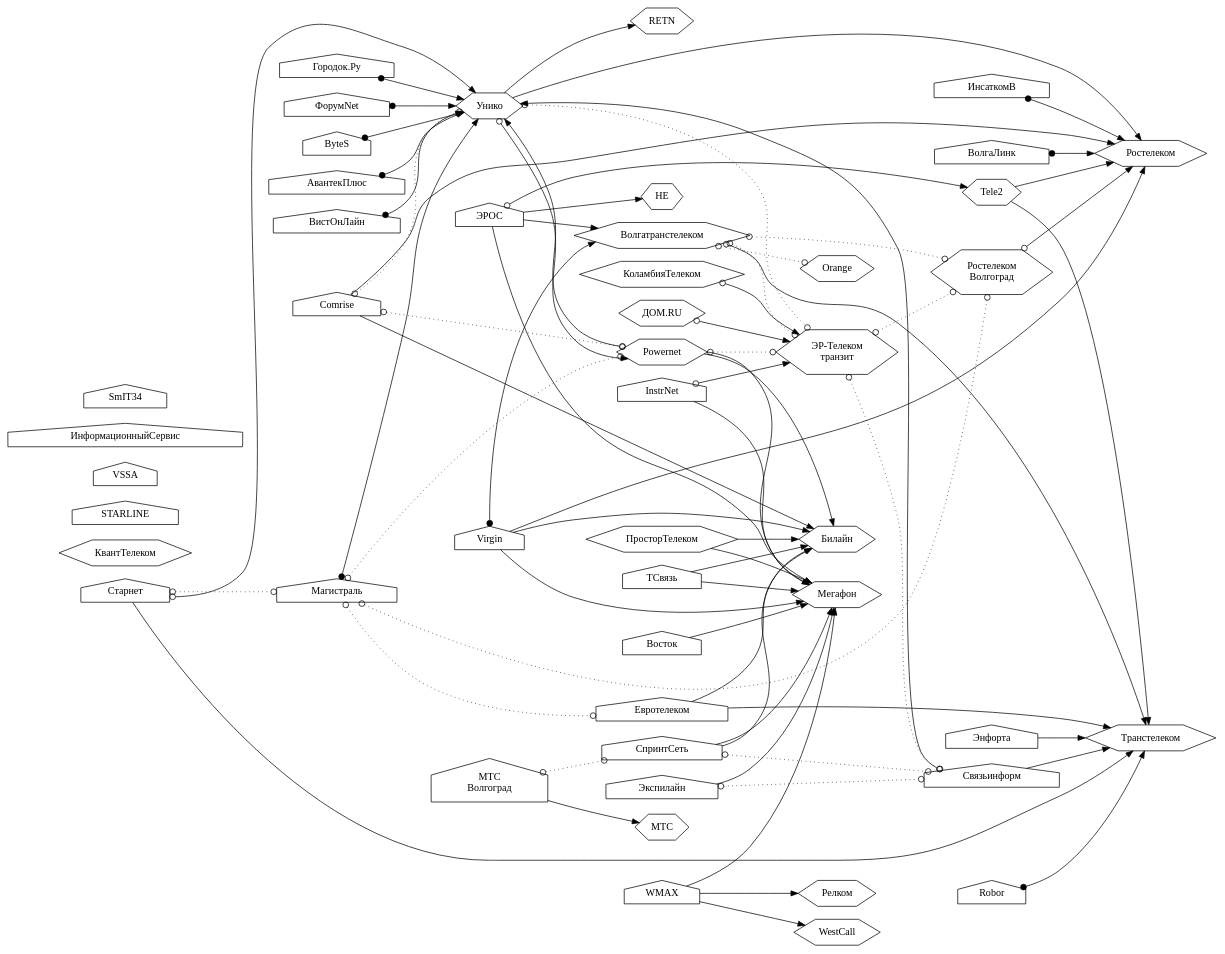
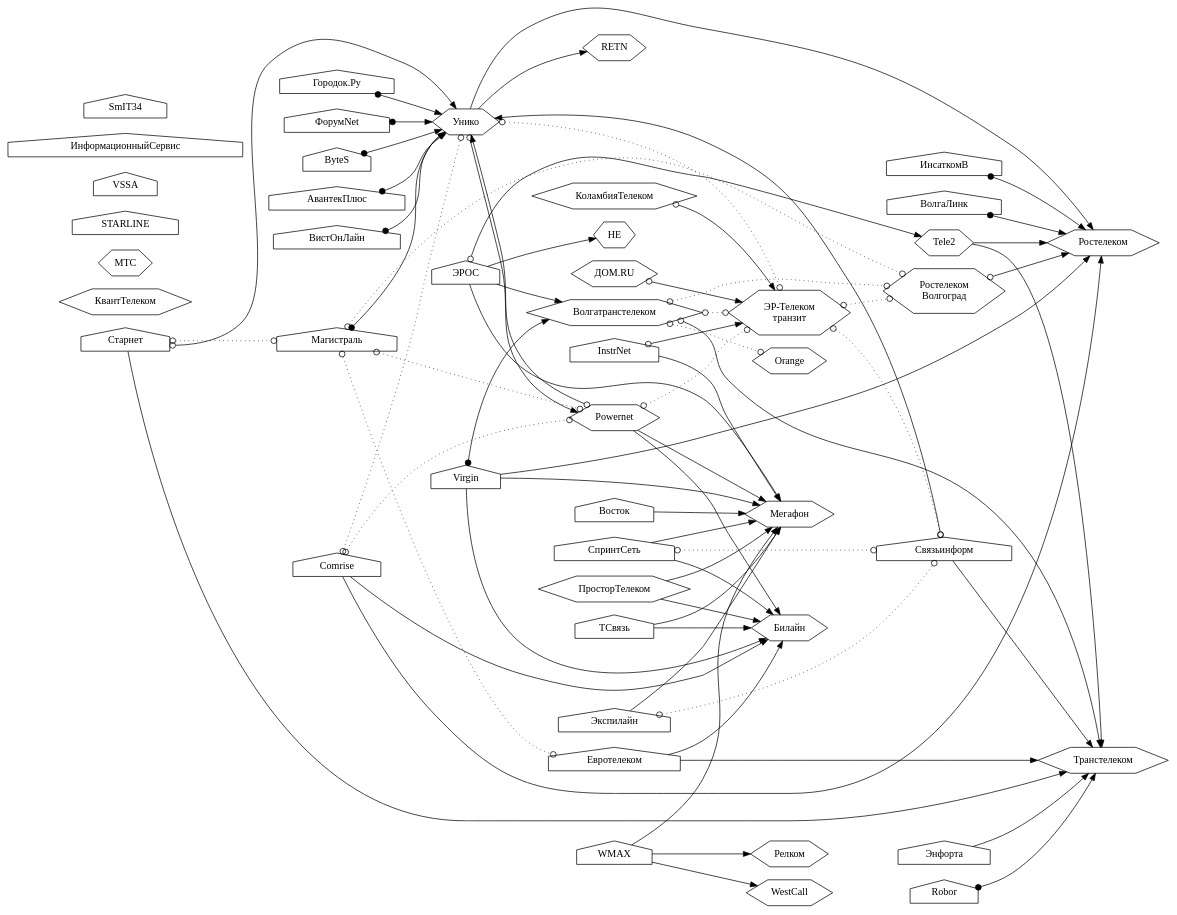
Before and after one commit to Urlandi/elsv-v.ru: the diagram in static/links/links.dot, drawn with Graphviz. The commit also changed 5 other files, not shown here.

```diff
--- a/static/links/links.dot
+++ b/static/links/links.dot
@@ -1,172 +1,168 @@
 digraph ispgraph {
 
 rankdir = LR;
 node [shape=house;];
 
 Унико, ДомРу, ЭрТелеком, Транстелеком, Волгатранстелеком, Релком [shape=hexagon;];
 Мегафон, Вымпелком, КоламбияТелеком, Ростелеком, HE, КвантТелеком [shape=hexagon;];
 Tele2, МТС, ЮТК, Orange, ПросторТелеком, WestCall, Powernet, RETN [shape=hexagon;];
 
 ДомРу [label="ДОМ.RU"];
 ЭрТелеком [label="ЭР-Телеком\nтранзит"];
-МКС [label="МТС\nВолгоград"];
 ЮТК [label="Ростелеком\nВолгоград"];
 Вымпелком [label="Билайн"];
 ГородокТочкаРу [label="Городок.Ру"];
 
 subgraph backbone {/*Собственная опорная сеть*/
 Транстелеком;
 Мегафон;
 Вымпелком;
 Ростелеком;
 HE;
 МТС;
 Orange;
 ЭрТелеком;
 WestCall;
 };
 
 subgraph Ростелеком {/*Провайдеры члены Ростелеком*/
 Ростелеком;
 ЮТК;
 };
 
 subgraph ЭрТелекомХолдинг {/*ЭР-Телеком*/
 ДомРу;
 ЭрТелеком;
 КоламбияТелеком;
 };
 
 {/*Отсутствует информация о подключении*/
 STARLINE;
 VSSA;
 ИнформационныйСервис;
 КвантТелеком;
 SmIT34;
 };
 
 
 {/*Магистральные связи*/
 
 Связьинформ -> Транстелеком;
 
 Tele2 -> Ростелеком;
 Tele2 -> Транстелеком;
 
 СпринтСеть -> Вымпелком;
 СпринтСеть -> Мегафон;
 
 Старнет -> Транстелеком;
 
 Экспилайн -> Мегафон;
 
 ЭРОС -> Волгатранстелеком;
 ЭРОС -> HE;
 ЭРОС -> Мегафон;
 
 Comrise -> Ростелеком;
 Comrise -> Вымпелком;
-
-МКС -> МТС;
 
 Powernet -> Мегафон;
 Powernet -> Вымпелком;
 
 Евротелеком -> Транстелеком;
 Евротелеком -> Вымпелком;
 
 Virgin -> Вымпелком;
 Virgin -> Мегафон;
 Virgin -> Ростелеком;
 
 Унико -> Ростелеком;
 Унико -> RETN;
 
 Энфорта -> Транстелеком;
 
 ПросторТелеком -> Вымпелком;
 ПросторТелеком -> Мегафон;
 
 WMAX -> Мегафон;
 WMAX -> WestCall;
 WMAX -> Релком;
 
 InstrNet -> Мегафон;
 
 ТСвязь -> Мегафон;
 ТСвязь -> Вымпелком;
 
 Восток -> Мегафон;
 
 {/*Пиринг с магистральным оператором*/
 edge [dir=both; arrowtail=odot;];
 
 Связьинформ -> Унико;
 
 Старнет -> Унико;
 
 ЭРОС -> Tele2;
 
 Powernet -> Унико;
 Унико -> Powernet;
 
 ЮТК -> Ростелеком;
 
 Волгатранстелеком -> Транстелеком;
 
 ДомРу -> ЭрТелеком;
 КоламбияТелеком -> ЭрТелеком;
 
 InstrNet -> ЭрТелеком;
 
 };
 
 {/*Маршрутизация на оборудовании магистрального оператора*/
 edge [dir=both; arrowtail=dot;];
 
 ВолгаЛинк -> Ростелеком;
 ИнсаткомВ -> Ростелеком;
 Магистраль -> Унико;
 ГородокТочкаРу -> Унико;
 ФорумNet -> Унико;
 ByteS -> Унико;
 АвантекПлюс -> Унико;
 Robor -> Транстелеком;
 Virgin -> Волгатранстелеком;
 ВистОнЛайн -> Унико;
 };
 
 };
 
 {/*Пиринг*/
 
 edge [dir=both; arrowhead=odot; arrowtail=odot; style=dotted;];
 
 СпринтСеть -> Связьинформ;
-МКС -> СпринтСеть;
 
 Старнет -> Магистраль;
 
 Экспилайн -> Связьинформ;
 
 Comrise -> Унико;
 Comrise -> Powernet;
 
 Powernet -> ЭрТелеком;
 
 Магистраль -> Powernet;
 Магистраль -> ЮТК;
 Магистраль -> Евротелеком;
 
 Унико -> ЭрТелеком;
 
 Волгатранстелеком -> ЮТК;
 Волгатранстелеком -> ЭрТелеком;
 Волгатранстелеком -> Orange;
 
 ЭрТелеком -> ЮТК;
 ЭрТелеком -> Связьинформ;
 
 };
 
 }
```
